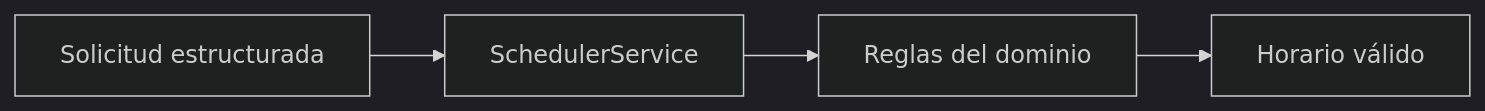
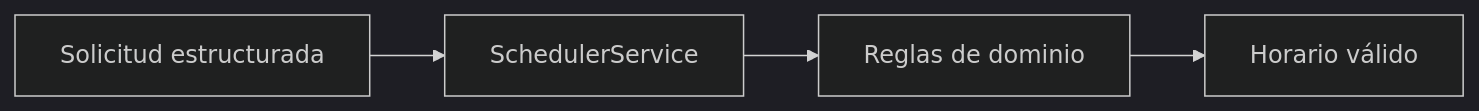
Before and after one commit to aldoapicella/utp-schedule-agent-lab: the diagram in docs/stages/stage-00-core.md, drawn with Mermaid (dark theme). The commit also changed other lines of this file and 109 other files, not shown here.

````diff
--- a/docs/stages/stage-00-core.md
+++ b/docs/stages/stage-00-core.md
@@ -32,6 +32,6 @@
 ```mermaid
 flowchart LR
   A["Solicitud estructurada"] --> B["SchedulerService"]
-  B --> C["Reglas del dominio"]
+  B --> C["Reglas de dominio"]
   C --> D["Horario válido"]
 ```
````
